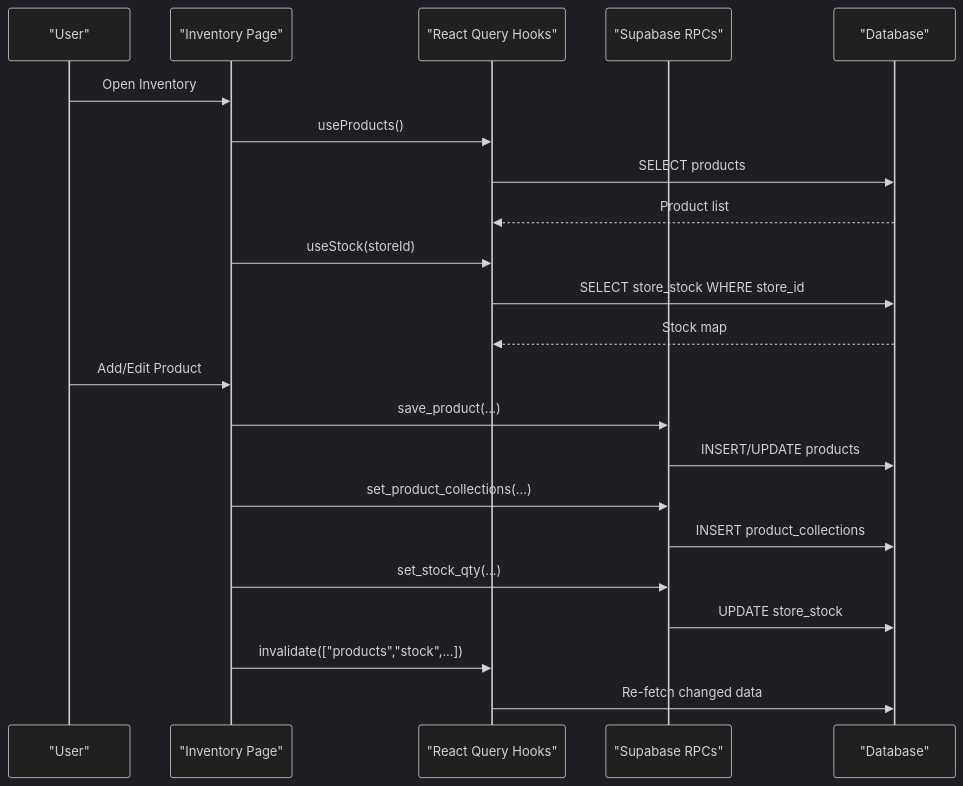
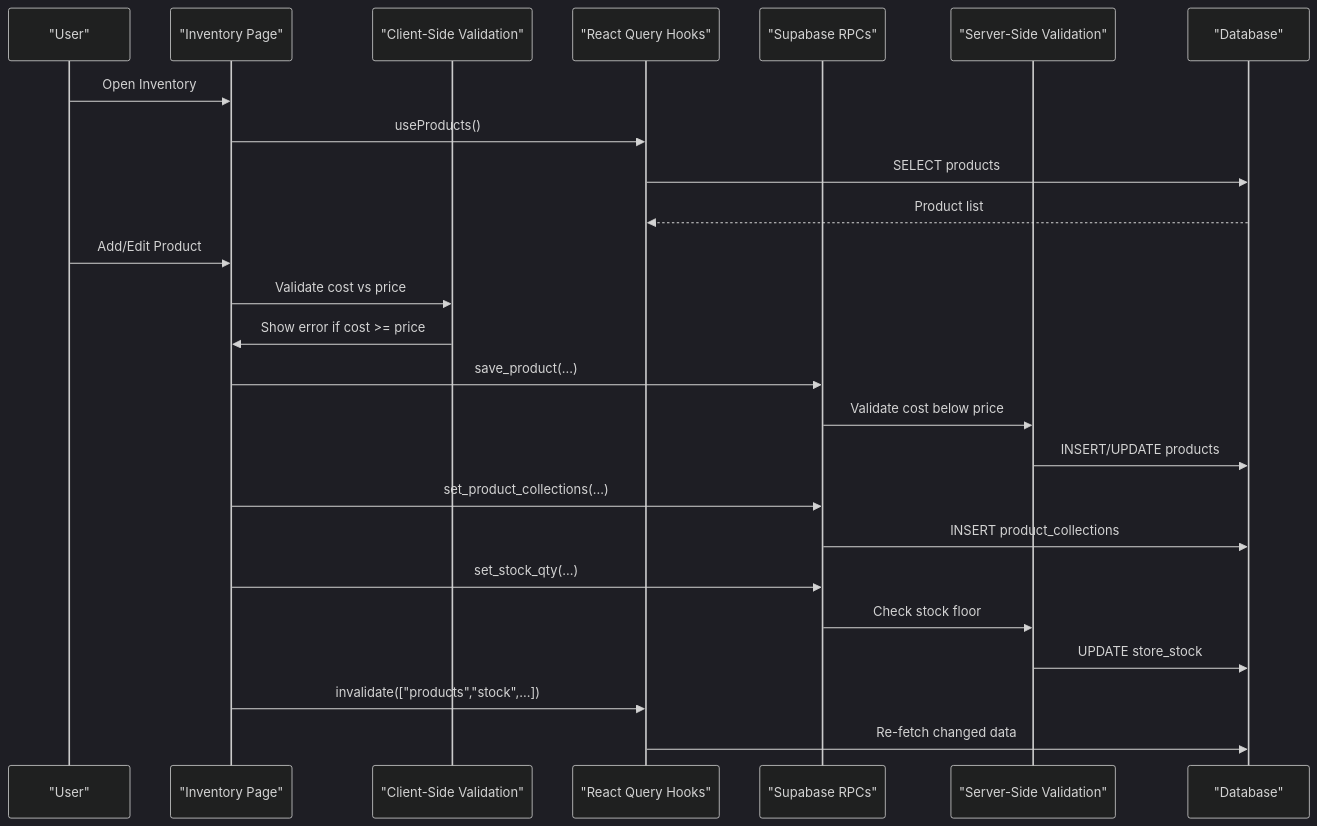
Before and after one commit to themclloyd/storq: the second of 17 diagrams in .qoder/repowiki/en/content/Inventory Management/Inventory Management.md, drawn with Mermaid (dark theme). The commit also changed other lines of this file and 42 other files, not shown here.

````diff
--- a/.qoder/repowiki/en/content/Inventory Management/Inventory Management.md
+++ b/.qoder/repowiki/en/content/Inventory Management/Inventory Management.md
@@ -112,24 +122,27 @@
 ```mermaid
 sequenceDiagram
 participant User as "User"
 participant UI as "Inventory Page"
+participant ClientValidation as "Client-Side Validation"
 participant Hooks as "React Query Hooks"
 participant RPC as "Supabase RPCs"
+participant ServerValidation as "Server-Side Validation"
 participant DB as "Database"
 User->>UI : Open Inventory
 UI->>Hooks : useProducts()
 Hooks->>DB : SELECT products
 DB-->>Hooks : Product list
-UI->>Hooks : useStock(storeId)
-Hooks->>DB : SELECT store_stock WHERE store_id
-DB-->>Hooks : Stock map
 User->>UI : Add/Edit Product
+UI->>ClientValidation : Validate cost vs price
+ClientValidation->>UI : Show error if cost >= price
 UI->>RPC : save_product(...)
-RPC->>DB : INSERT/UPDATE products
+RPC->>ServerValidation : Validate cost below price
+ServerValidation->>DB : INSERT/UPDATE products
 UI->>RPC : set_product_collections(...)
 RPC->>DB : INSERT product_collections
 UI->>RPC : set_stock_qty(...)
-RPC->>DB : UPDATE store_stock
+RPC->>ServerValidation : Check stock floor
+ServerValidation->>DB : UPDATE store_stock
 UI->>Hooks : invalidate(["products","stock",...])
 Hooks->>DB : Re-fetch changed data
 ```
````
